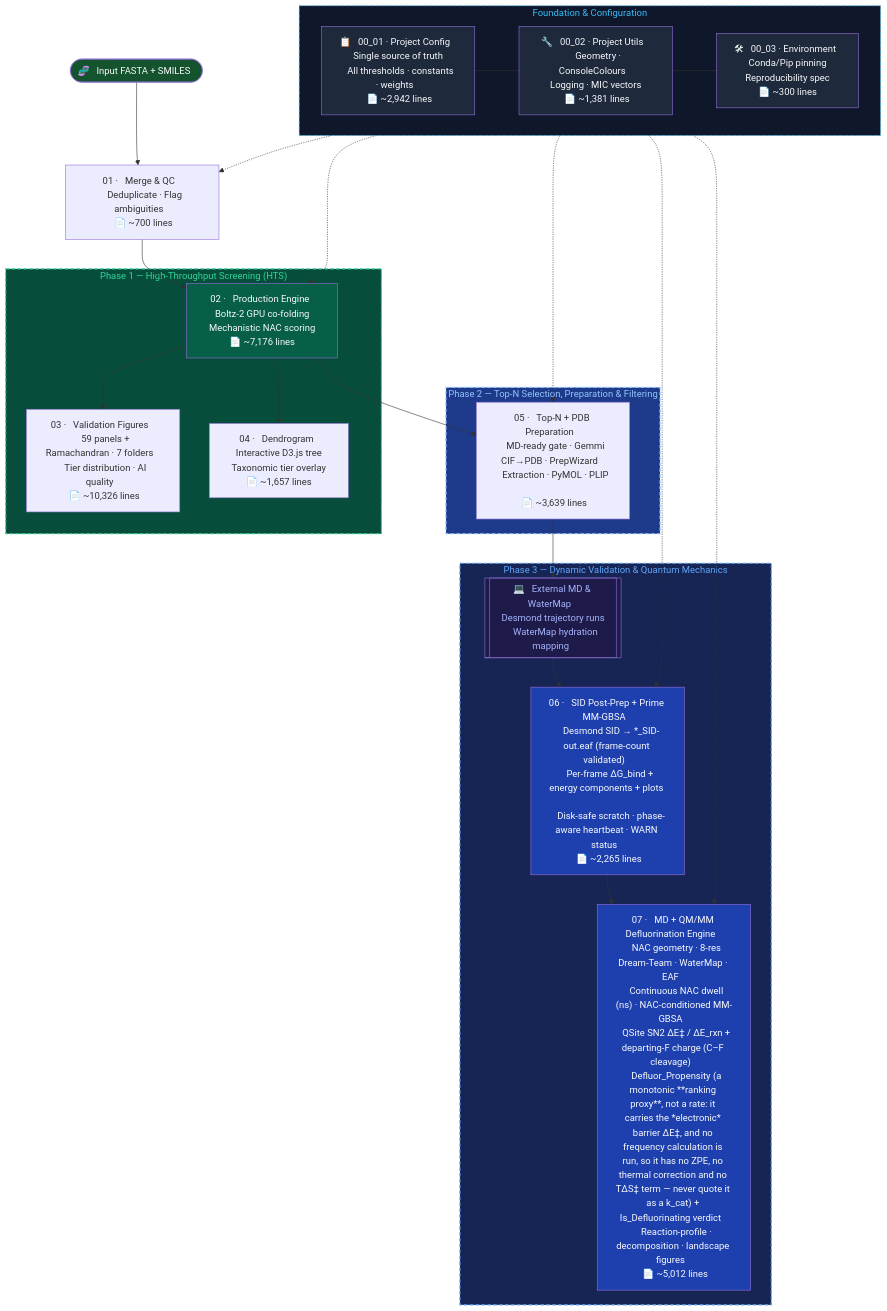
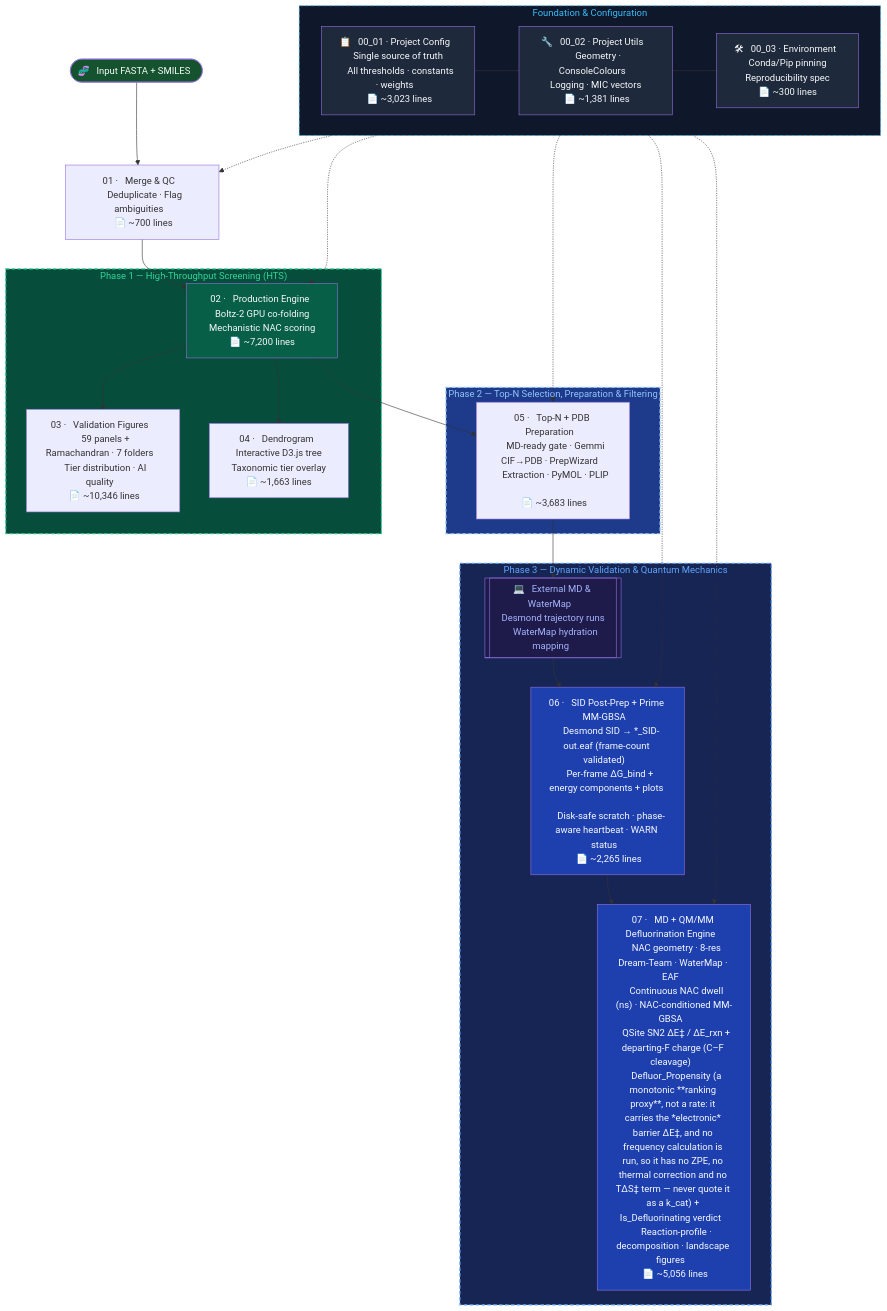
The diagram in README.md (KU-MGB/DeFluorX), drawn with Mermaid before and after one commit.

Commit message:
docs: restore review.md, close A1/A2, resync README line counts
review.md was lost when a "git add -A -- review.md" staged the deletion of a file that was
already missing from the working tree. Restored from 1f79049 and brought up to date.

A1 (strict-persistence occupancy) and A2 (catalytic protonation) are now recorded as
resolved, with the reasoning and the one FALSE claim among them noted so neither is
re-raised. A3 (QM/MM QM-region boundary) remains the single open item, deferred by decision.

README Mermaid line counts resynced against the finished files. They had drifted a second
time because the comment and guard additions changed every file's length AFTER the previous
refresh - the counts must be taken last, not mid-edit. All ten nodes now match the files on
disk exactly.

````diff
--- a/README.md
+++ b/README.md
@@ -190,56 +190,56 @@
 ```mermaid
 flowchart TD
     subgraph FOUNDATION["  Foundation & Configuration  "]
-        CFG["📋 &nbsp; 00_01 · Project Config &nbsp; \n &nbsp; Single source of truth &nbsp; \n &nbsp; All thresholds · constants · weights &nbsp; \n &nbsp; 📄 ~2,942 lines &nbsp; "]
+        CFG["📋 &nbsp; 00_01 · Project Config &nbsp; \n &nbsp; Single source of truth &nbsp; \n &nbsp; All thresholds · constants · weights &nbsp; \n &nbsp; 📄 ~3,023 lines &nbsp; "]
         UTL["🔧 &nbsp; 00_02 · Project Utils &nbsp; \n &nbsp; Geometry · ConsoleColours &nbsp; \n &nbsp; Logging · MIC vectors &nbsp; \n &nbsp; 📄 ~1,381 lines &nbsp; "]
         ENV["🛠 &nbsp; 00_03 · Environment &nbsp; \n &nbsp; Conda/Pip pinning &nbsp; \n &nbsp; Reproducibility spec &nbsp; \n &nbsp; 📄 ~300 lines &nbsp; "]
         CFG --- UTL --- ENV
     end
 
     START(["🧬 &nbsp; Input FASTA + SMILES &nbsp;"]) --> M1
     M1["01 · &nbsp; Merge & QC &nbsp; \n &nbsp; Deduplicate · Flag ambiguities &nbsp; \n &nbsp; 📄 ~700 lines &nbsp; "] --> M2
 
     subgraph PHASE1["  Phase 1 — High-Throughput Screening (HTS)  "]
-        M2["02 · &nbsp; Production Engine &nbsp; \n &nbsp; Boltz-2 GPU co-folding &nbsp; \n &nbsp; Mechanistic NAC scoring &nbsp; \n &nbsp; 📄 ~7,176 lines &nbsp; "]
-        M3["03 · &nbsp; Validation Figures &nbsp; \n &nbsp; 59 panels + Ramachandran · 7 folders &nbsp; \n &nbsp; Tier distribution · AI quality &nbsp; \n &nbsp; 📄 ~10,326 lines &nbsp; "]
-        M4["04 · &nbsp; Dendrogram &nbsp; \n &nbsp; Interactive D3.js tree &nbsp; \n &nbsp; Taxonomic tier overlay &nbsp; \n &nbsp; 📄 ~1,657 lines &nbsp; "]
+        M2["02 · &nbsp; Production Engine &nbsp; \n &nbsp; Boltz-2 GPU co-folding &nbsp; \n &nbsp; Mechanistic NAC scoring &nbsp; \n &nbsp; 📄 ~7,200 lines &nbsp; "]
+        M3["03 · &nbsp; Validation Figures &nbsp; \n &nbsp; 59 panels + Ramachandran · 7 folders &nbsp; \n &nbsp; Tier distribution · AI quality &nbsp; \n &nbsp; 📄 ~10,346 lines &nbsp; "]
+        M4["04 · &nbsp; Dendrogram &nbsp; \n &nbsp; Interactive D3.js tree &nbsp; \n &nbsp; Taxonomic tier overlay &nbsp; \n &nbsp; 📄 ~1,663 lines &nbsp; "]
         M2 --> M3
         M2 --> M4
     end
 
     M2 --> M5
 
     subgraph PHASE2["  Phase 2 — Top-N Selection, Preparation & Filtering  "]
-        M5["05 · &nbsp; Top-N + PDB Preparation &nbsp; \n &nbsp; MD-ready gate · Gemmi CIF→PDB · PrepWizard &nbsp; \n &nbsp; Extraction · PyMOL · PLIP &nbsp; \n &nbsp; 📄 ~3,639 lines &nbsp; "]
+        M5["05 · &nbsp; Top-N + PDB Preparation &nbsp; \n &nbsp; MD-ready gate · Gemmi CIF→PDB · PrepWizard &nbsp; \n &nbsp; Extraction · PyMOL · PLIP &nbsp; \n &nbsp; 📄 ~3,683 lines &nbsp; "]
     end
 
     M5 --> EXT_MD
 
     subgraph PHASE3["  Phase 3 — Dynamic Validation & Quantum Mechanics  "]
         EXT_MD[["💻 &nbsp; External MD & WaterMap &nbsp; \n &nbsp; Desmond trajectory runs &nbsp; \n &nbsp; WaterMap hydration mapping &nbsp;"]]
         M6["06 · &nbsp; SID Post-Prep + Prime MM-GBSA &nbsp; \n &nbsp; Desmond SID → *_SID-out.eaf (frame-count validated) &nbsp; \n &nbsp; Per-frame ΔG_bind + energy components + plots &nbsp; \n &nbsp; Disk-safe scratch · phase-aware heartbeat · WARN status &nbsp; \n &nbsp; 📄 ~2,265 lines &nbsp; "]
-        M7["07 · &nbsp; MD + QM/MM Defluorination Engine &nbsp; \n &nbsp; NAC geometry · 8-res Dream-Team · WaterMap · EAF &nbsp; \n &nbsp; Continuous NAC dwell (ns) · NAC-conditioned MM-GBSA &nbsp; \n &nbsp; QSite SN2 ΔE‡ / ΔE_rxn + departing-F charge (C–F cleavage) &nbsp; \n &nbsp; Defluor_Propensity (a monotonic **ranking proxy**, not a rate: it carries the *electronic* barrier ΔE‡, and no frequency calculation is run, so it has no ZPE, no thermal correction and no TΔS‡ term — never quote it as a k_cat) + Is_Defluorinating verdict &nbsp; \n &nbsp; Reaction-profile · decomposition · landscape figures &nbsp; \n &nbsp; 📄 ~5,012 lines &nbsp; "]
+        M7["07 · &nbsp; MD + QM/MM Defluorination Engine &nbsp; \n &nbsp; NAC geometry · 8-res Dream-Team · WaterMap · EAF &nbsp; \n &nbsp; Continuous NAC dwell (ns) · NAC-conditioned MM-GBSA &nbsp; \n &nbsp; QSite SN2 ΔE‡ / ΔE_rxn + departing-F charge (C–F cleavage) &nbsp; \n &nbsp; Defluor_Propensity (a monotonic **ranking proxy**, not a rate: it carries the *electronic* barrier ΔE‡, and no frequency calculation is run, so it has no ZPE, no thermal correction and no TΔS‡ term — never quote it as a k_cat) + Is_Defluorinating verdict &nbsp; \n &nbsp; Reaction-profile · decomposition · landscape figures &nbsp; \n &nbsp; 📄 ~5,056 lines &nbsp; "]
         EXT_MD --> M6 --> M7
     end
 
     %% Dependencies
     FOUNDATION -.-> M1
     FOUNDATION -.-> M2
     FOUNDATION -.-> M5
     FOUNDATION -.-> M6
     FOUNDATION -.-> M7
 
     style FOUNDATION fill:#0f172a,color:#38bdf8,stroke:#38bdf8
     style CFG fill:#1e293b,color:#f8fafc
     style UTL fill:#1e293b,color:#f8fafc
     style ENV fill:#1e293b,color:#f8fafc
     style PHASE1 fill:#064e3b,color:#34d399,stroke:#34d399,stroke-width:2px,stroke-dasharray: 6 4
     style PHASE2 fill:#1e3a8a,color:#93c5fd,stroke:#93c5fd,stroke-width:2px,stroke-dasharray: 6 4
     style PHASE3 fill:#172554,color:#60a5fa,stroke:#60a5fa,stroke-width:2px,stroke-dasharray: 6 4
     style FOUNDATION stroke-dasharray: 6 4
     style M2 fill:#065f46,color:#f8fafc
     style M6 fill:#1e40af,color:#f8fafc
     style M7 fill:#1e40af,color:#f8fafc
     style START fill:#14532d,color:#f8fafc
     style EXT_MD fill:#1e1b4b,color:#a5b4fc
 ```
````
